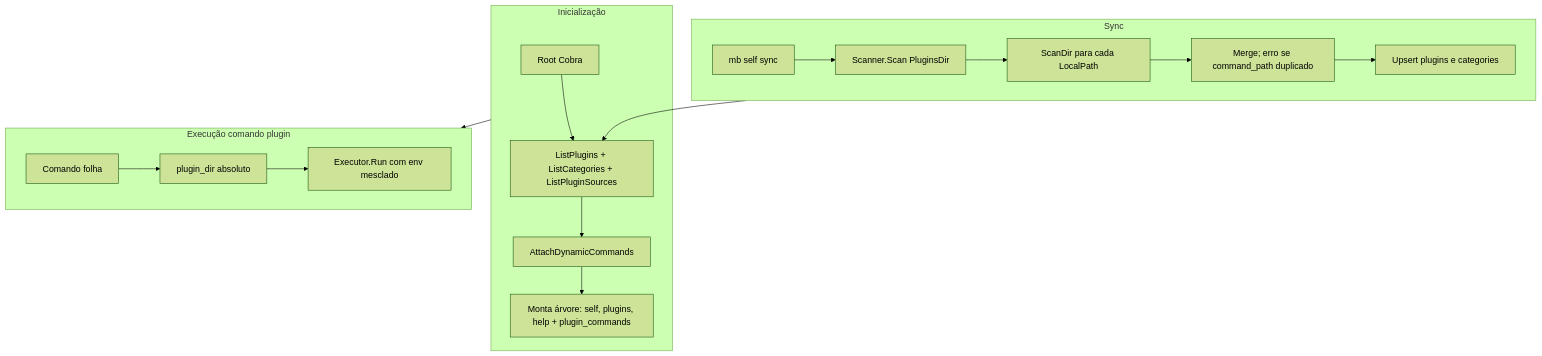
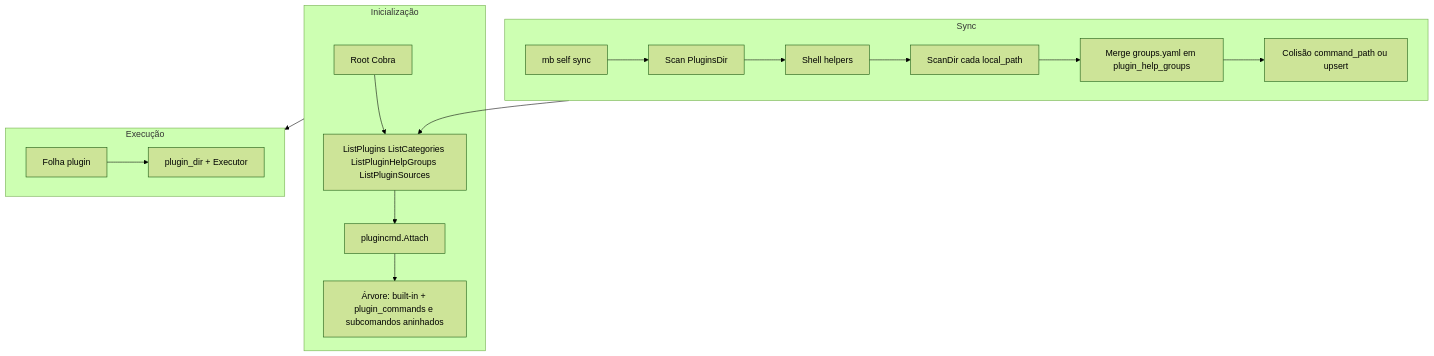
Before and after one commit to carlosdorneles-mb/mb-cli: the diagram in docs/docs/technical-reference/architecture.md, drawn with Mermaid (forest theme). The commit also changed other lines of this file and 17 other files, not shown here.

First line of the commit message:
feat: implement plugin help groups for enhanced command organization

````diff
--- a/docs/docs/technical-reference/architecture.md
+++ b/docs/docs/technical-reference/architecture.md
@@ -42,20 +46,20 @@
 ```mermaid
 flowchart TB
   subgraph init [Inicialização]
-    A[Root Cobra] --> B[ListPlugins + ListCategories + ListPluginSources]
-    B --> C[AttachDynamicCommands]
-    C --> D[Monta árvore: self, plugins, help + plugin_commands]
+    A[Root Cobra] --> B[ListPlugins ListCategories ListPluginHelpGroups ListPluginSources]
+    B --> C[plugincmd.Attach]
+    C --> D[Árvore: built-in + plugin_commands e subcomandos aninhados]
   end
   subgraph sync [Sync]
-    E[mb self sync] --> F[Scanner.Scan PluginsDir]
-    F --> G[ScanDir para cada LocalPath]
-    G --> H[Merge; erro se command_path duplicado]
-    H --> I[Upsert plugins e categories]
+    E[mb self sync] --> F[Scan PluginsDir]
+    F --> G[Shell helpers]
+    G --> H[ScanDir cada local_path]
+    H --> I[Merge groups.yaml em plugin_help_groups]
+    I --> J[Colisão command_path ou upsert]
   end
-  subgraph run [Execução comando plugin]
-    J[Comando folha] --> K[plugin_dir absoluto]
-    K --> L[Executor.Run com env mesclado]
+  subgraph run [Execução]
+    K[Folha plugin] --> L[plugin_dir + Executor]
   end
   init --> run
   sync --> B
 ```
````
